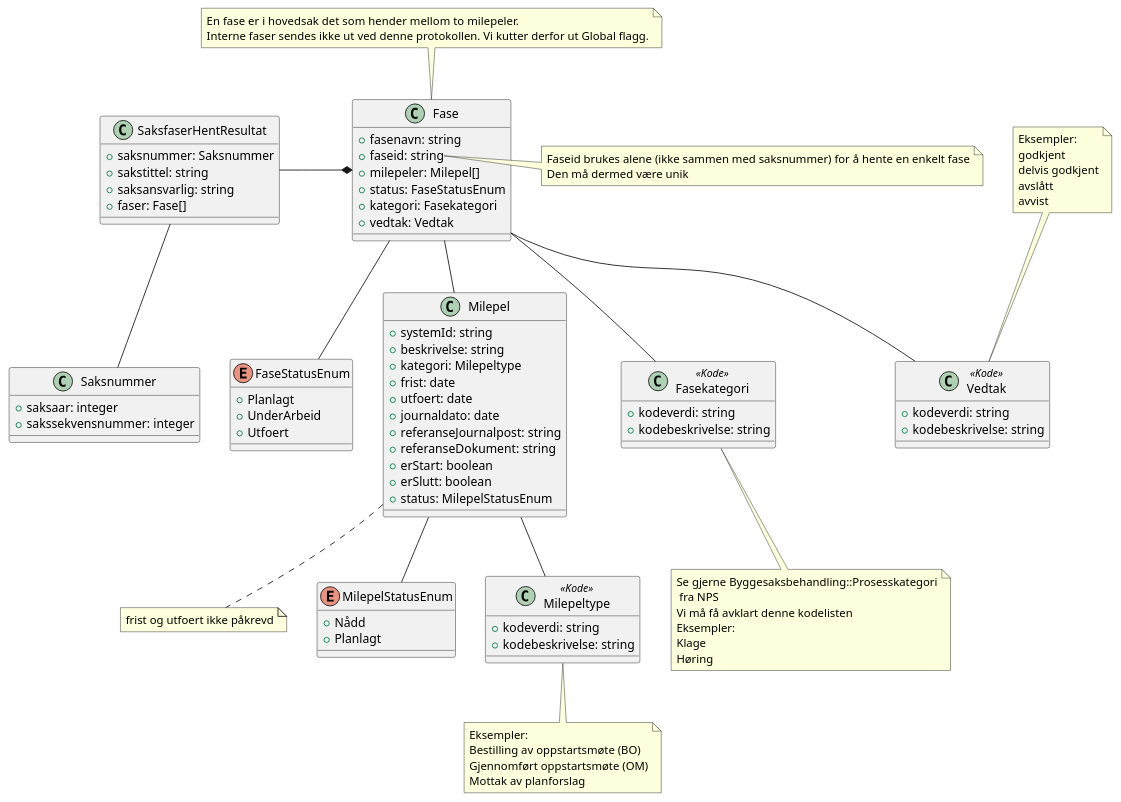
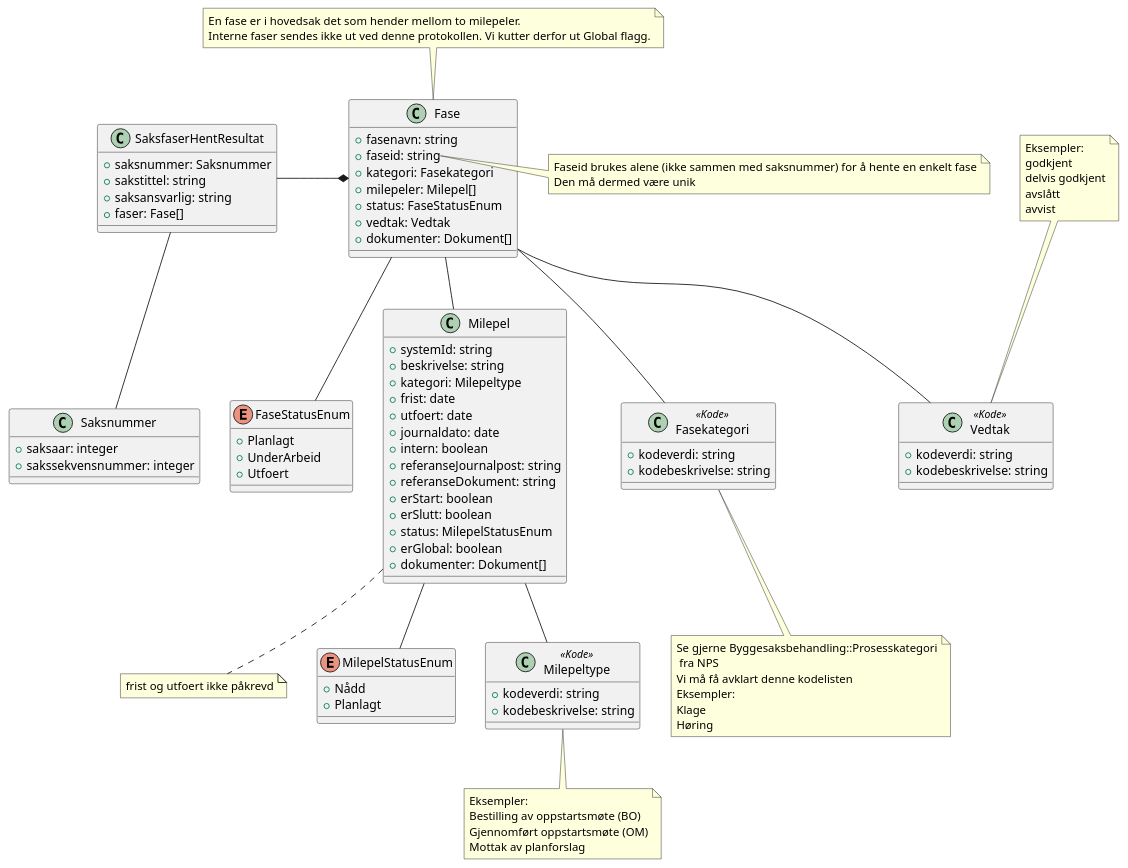
The diagram in Dokumentasjon/V1/ClassDiagrams/no.ks.fiks.saksfaser.v1.saksfaser.hent.resultat/classdiagram.pu (ks-no/fiks-saksfaser-specification), drawn with PlantUML before and after one commit. The commit also changed 16 other files, not shown here.

```diff
--- a/Dokumentasjon/V1/ClassDiagrams/no.ks.fiks.saksfaser.v1.saksfaser.hent.resultat/classdiagram.pu
+++ b/Dokumentasjon/V1/ClassDiagrams/no.ks.fiks.saksfaser.v1.saksfaser.hent.resultat/classdiagram.pu
@@ -1,92 +1,96 @@
 @startuml
 class SaksfaserHentResultat {
     +saksnummer: Saksnummer
     +sakstittel: string
     +saksansvarlig: string
     +faser: Fase[]
 }
 
 SaksfaserHentResultat -* Fase
 SaksfaserHentResultat -- Saksnummer
 
 note top of Fase : En fase er i hovedsak det som hender mellom to milepeler.\nInterne faser sendes ikke ut ved denne protokollen. Vi kutter derfor ut Global flagg. 
 
 class Fase {
     +fasenavn: string
     +faseid: string
+    +kategori: Fasekategori
     +milepeler: Milepel[]
     +status: FaseStatusEnum
-    +kategori: Fasekategori
     +vedtak: Vedtak
+    +dokumenter: Dokument[]
 }
 
 note right of Fase::faseid
     Faseid brukes alene (ikke sammen med saksnummer) for å hente en enkelt fase
     Den må dermed være unik 
 end note
 
 class Fasekategori <<Kode>> {
     +kodeverdi: string
     +kodebeskrivelse: string
 }
 
 note bottom of Fasekategori : Se gjerne Byggesaksbehandling::Prosesskategori\n fra NPS\nVi må få avklart denne kodelisten\nEksempler:\nKlage\nHøring 
 
 
 Fase -- Fasekategori
 Fase -- Vedtak
 
 note top of Vedtak : Eksempler:\ngodkjent\ndelvis godkjent\navslått\navvist 
 
 class Vedtak <<Kode>> {
     +kodeverdi: string
     +kodebeskrivelse: string
 }
 
 Fase -- FaseStatusEnum
 
 enum FaseStatusEnum {
     +Planlagt
     +UnderArbeid
     +Utfoert
 }
 
 Fase -- Milepel
 
 note bottom of Milepel: frist og utfoert ikke påkrevd
 
 class Milepel {
     +systemId: string
     +beskrivelse: string
     +kategori: Milepeltype
     +frist: date
     +utfoert: date
     +journaldato: date
+    +intern: boolean
     +referanseJournalpost: string
     +referanseDokument: string
     +erStart: boolean
     +erSlutt: boolean
     +status: MilepelStatusEnum
+    +erGlobal: boolean
+    +dokumenter: Dokument[]
 }
 
 Milepel -- MilepelStatusEnum
 Milepel -- Milepeltype
 
 note bottom of Milepeltype : Eksempler: \nBestilling av oppstartsmøte (BO)\nGjennomført oppstartsmøte (OM)\nMottak av planforslag
  
 class Milepeltype <<Kode>> {
     +kodeverdi: string
     +kodebeskrivelse: string
 }
 
 enum MilepelStatusEnum {
     +Nådd
     +Planlagt
 }
 
 class Saksnummer {
     +saksaar: integer
     +sakssekvensnummer: integer 
 }
 
 @enduml
```
